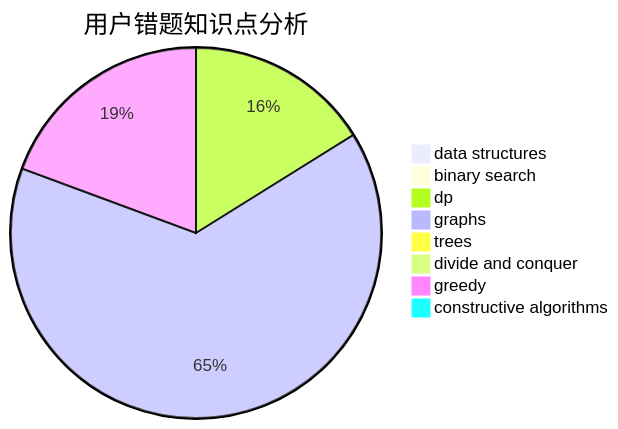
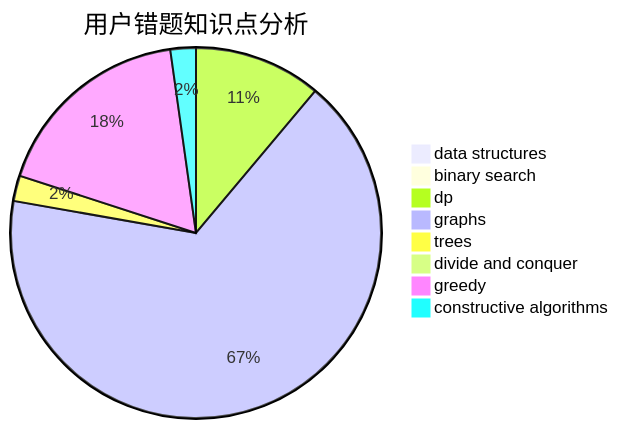
The third of 3 diagrams in docs/user/u1904.md (sherpahu/cfrs.github.io), drawn with Mermaid before and after one commit. The commit also changed other lines of this file and 2770 other files, not shown here.

````diff
--- a/docs/user/u1904.md
+++ b/docs/user/u1904.md
@@ -36,11 +36,11 @@
 ```mermaid
 pie title 用户错题知识点分析
     "data structures" :  0
     "binary search" :  0
     "dp" :  5
-    "graphs" :  20
-    "trees" :  0
+    "graphs" :  30
+    "trees" :  1
     "divide and conquer" :  0
-    "greedy" :  6
-    "constructive algorithms" :  0
+    "greedy" :  8
+    "constructive algorithms" :  1
 ```
````
